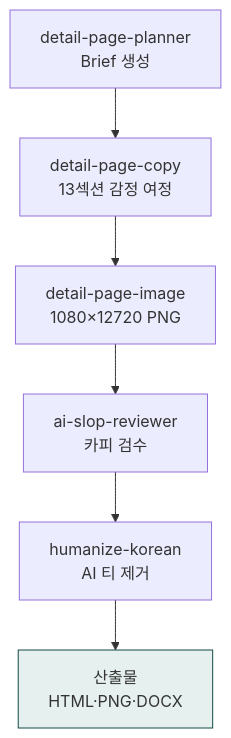
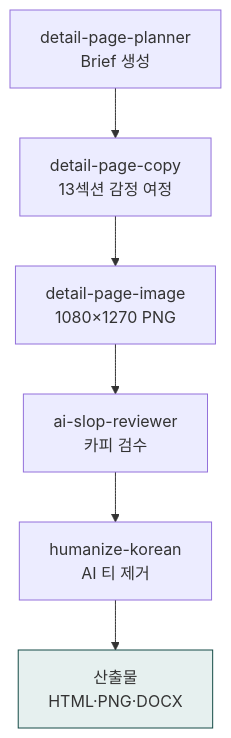
The second of 2 diagrams in content/cookbook/tracks/track-commerce.md (modu-ai/claude), drawn with Mermaid before and after one commit. The commit also changed other lines of this file and 84 other files, not shown here.

First line of the commit message:
docs(docs-site): drawio → mermaid 전환 + 카운트 정정 + drawio 잔재 제거 (v2.23.0)

````diff
--- a/content/cookbook/tracks/track-commerce.md
+++ b/content/cookbook/tracks/track-commerce.md
@@ -79,9 +78,9 @@
 ```mermaid
 flowchart TD
     P1["detail-page-planner<br/>Brief 생성"] --> P2["detail-page-copy<br/>13섹션 감정 여정"]
-    P2 --> P3["detail-page-image<br/>1080×12720 PNG"]
+    P2 --> P3["detail-page-image<br/>1080×1270 PNG"]
     P3 --> P4["ai-slop-reviewer<br/>카피 검수"]
     P4 --> P5["humanize-korean<br/>AI 티 제거"]
     P5 --> Out["산출물<br/>HTML·PNG·DOCX"]
     style Out fill:#e6f0ef,stroke:#144a46
 ```
````
